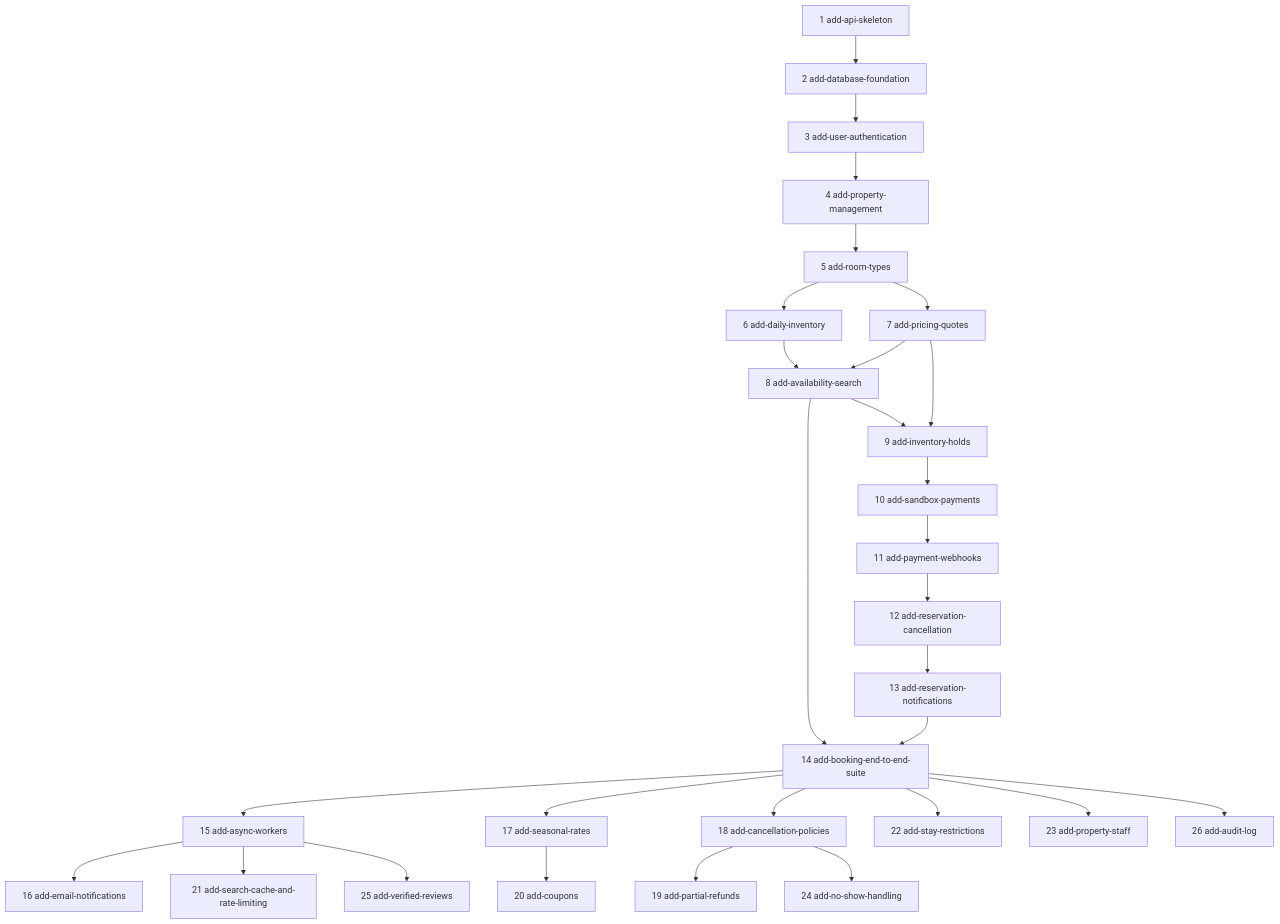
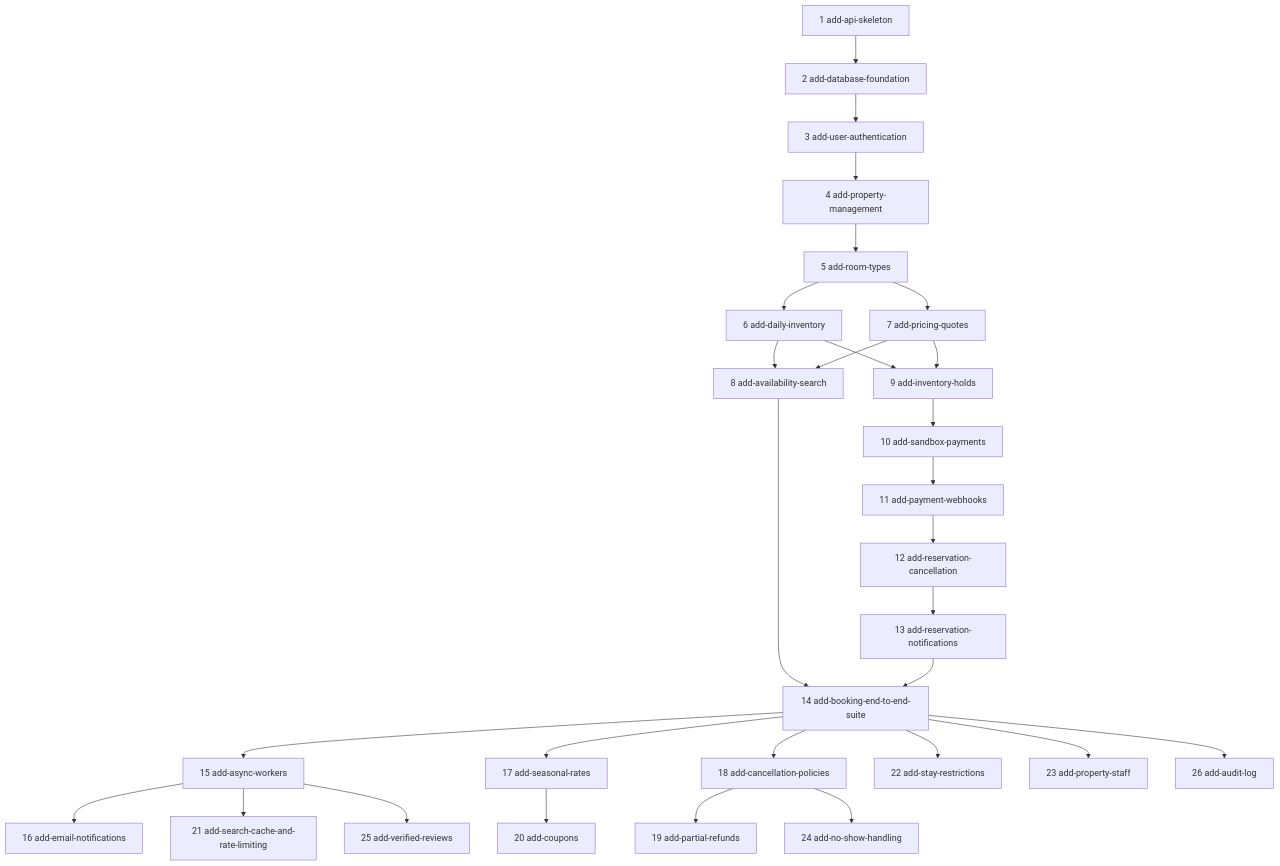
Before and after one commit to RussoLucas-Lab/StayFinder---Backend: the diagram in docs/change-map.md, drawn with Mermaid. The commit also changed other lines of this file and 4 other files, not shown here.

````diff
--- a/docs/change-map.md
+++ b/docs/change-map.md
@@ -52,32 +52,32 @@
 ```mermaid
 flowchart TD
     C1[1 add-api-skeleton] --> C2[2 add-database-foundation]
     C2 --> C3[3 add-user-authentication]
     C3 --> C4[4 add-property-management]
     C4 --> C5[5 add-room-types]
     C5 --> C6[6 add-daily-inventory]
     C5 --> C7[7 add-pricing-quotes]
     C6 --> C8[8 add-availability-search]
     C7 --> C8
-    C8 --> C9[9 add-inventory-holds]
+    C6 --> C9[9 add-inventory-holds]
     C7 --> C9
     C9 --> C10[10 add-sandbox-payments]
     C10 --> C11[11 add-payment-webhooks]
     C11 --> C12[12 add-reservation-cancellation]
     C12 --> C13[13 add-reservation-notifications]
     C8 --> C14[14 add-booking-end-to-end-suite]
     C13 --> C14
 
     C14 --> C15[15 add-async-workers]
     C15 --> C16[16 add-email-notifications]
     C14 --> C17[17 add-seasonal-rates]
     C14 --> C18[18 add-cancellation-policies]
     C18 --> C19[19 add-partial-refunds]
     C17 --> C20[20 add-coupons]
     C15 --> C21[21 add-search-cache-and-rate-limiting]
     C14 --> C22[22 add-stay-restrictions]
     C14 --> C23[23 add-property-staff]
     C18 --> C24[24 add-no-show-handling]
     C15 --> C25[25 add-verified-reviews]
     C14 --> C26[26 add-audit-log]
 ```
````
